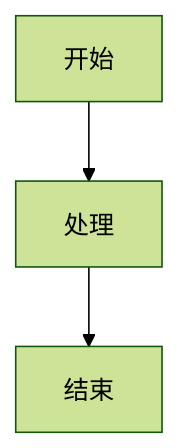
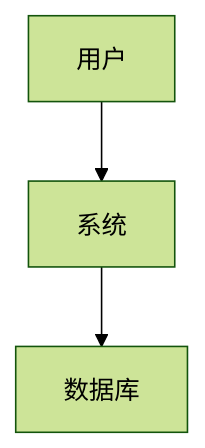
Before and after one commit to zy581/mkdocs_tutorial: diagram 11 of 16 in docs/writing/diagrams.md, drawn with Mermaid (forest theme). The commit also changed other lines of this file and 3 other files, not shown here.

````diff
--- a/docs/writing/diagrams.md
+++ b/docs/writing/diagrams.md
@@ -500,5 +295,5 @@
 ```mermaid
 graph TD
-    A[开始] --> B[处理]
-    B --> C[结束]
+    A[用户] --> B[系统]
+    B --> C[数据库]
 ```
````
